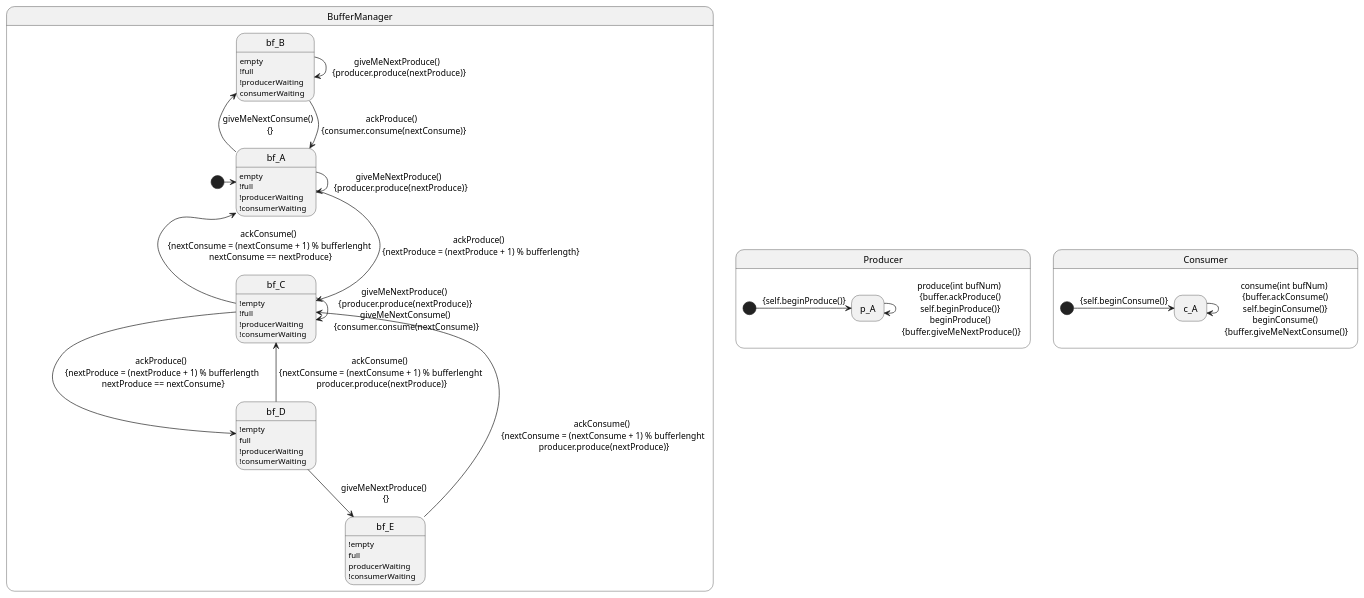
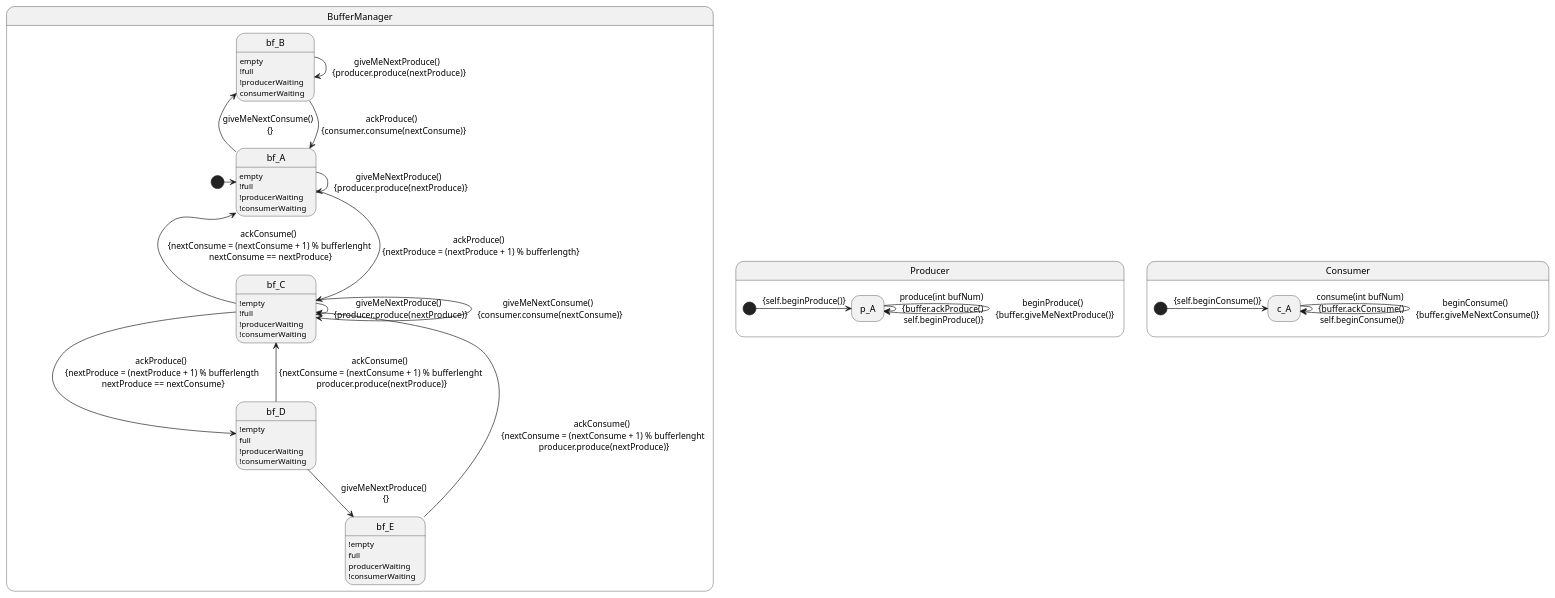
One commit to gnowin/UML-To-Rebecca-Dataset changed the diagram in ModelTranslations/ProducerConsumer/ProducerConsumer.plantuml. Above: the diagram before and after it, drawn with PlantUML. The commit also changed 2 other files, not shown here.

Commit message:
changed self loops this way message servers have their own loop.

```diff
--- a/ModelTranslations/ProducerConsumer/ProducerConsumer.plantuml
+++ b/ModelTranslations/ProducerConsumer/ProducerConsumer.plantuml
@@ -1,68 +1,71 @@
 @startuml
 
 hide empty description
 
 state BufferManager {
     state bf_A : empty
     state bf_A : !full
     state bf_A : !producerWaiting
     state bf_A : !consumerWaiting
 
     state bf_B : empty
     state bf_B : !full
     state bf_B : !producerWaiting
     state bf_B : consumerWaiting
 
     state bf_C : !empty
     state bf_C : !full
     state bf_C : !producerWaiting
     state bf_C : !consumerWaiting
 
     state bf_D : !empty
     state bf_D : full
     state bf_D : !producerWaiting
     state bf_D : !consumerWaiting
 
     state bf_E : !empty
     state bf_E : full
     state bf_E : producerWaiting
     state bf_E : !consumerWaiting
 
     
     [*] -> bf_A
 
     bf_A -> bf_A : giveMeNextProduce() \n {producer.produce(nextProduce)}
 
     bf_A -up-> bf_B : giveMeNextConsume() \n {}
     bf_B -down-> bf_A : ackProduce() \n {consumer.consume(nextConsume)}
    
     bf_B -> bf_B : giveMeNextProduce() \n {producer.produce(nextProduce)}
 
     bf_A --> bf_C : ackProduce() \n {nextProduce = (nextProduce + 1) % bufferlength}
     bf_C -left-> bf_A : ackConsume() \n {nextConsume = (nextConsume + 1) % bufferlenght \n nextConsume == nextProduce}
 
-    bf_C -> bf_C : giveMeNextProduce() \n {producer.produce(nextProduce)} \n giveMeNextConsume() \n {consumer.consume(nextConsume)}
+    bf_C -> bf_C : giveMeNextProduce() \n {producer.produce(nextProduce)}
+    bf_C -> bf_C : giveMeNextConsume() \n {consumer.consume(nextConsume)}
 
     bf_C --> bf_D : ackProduce() \n {nextProduce = (nextProduce + 1) % bufferlength \n nextProduce == nextConsume}
     bf_D --> bf_C : ackConsume() \n {nextConsume = (nextConsume + 1) % bufferlenght \n producer.produce(nextProduce)}
 
     bf_D --> bf_E : giveMeNextProduce() \n {}
     bf_E --> bf_C : ackConsume() \n {nextConsume = (nextConsume + 1) % bufferlenght \n producer.produce(nextProduce)}
 }
 
 state Producer{
 
     state p_A
 
     [*] -> p_A : {self.beginProduce()}
-    p_A -> p_A : produce(int bufNum) \n {buffer.ackProduce() \n self.beginProduce()} \n beginProduce() \n {buffer.giveMeNextProduce()}
+    p_A -> p_A : produce(int bufNum) \n {buffer.ackProduce() \n self.beginProduce()}
+    p_A -> p_A : beginProduce() \n {buffer.giveMeNextProduce()}
 }
 
 state Consumer{
     state c_A
 
     [*] -> c_A : {self.beginConsume()}
-    c_A -> c_A : consume(int bufNum) \n {buffer.ackConsume() \n self.beginConsume()} \n beginConsume() \n {buffer.giveMeNextConsume()}
+    c_A -> c_A : consume(int bufNum) \n {buffer.ackConsume() \n self.beginConsume()}
+    c_A -> c_A : beginConsume() \n {buffer.giveMeNextConsume()}
 }
 
 @enduml
```
